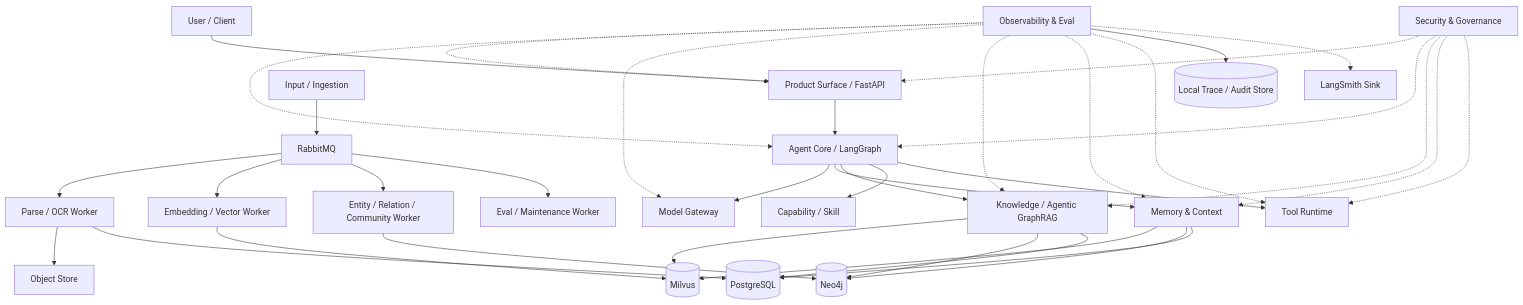
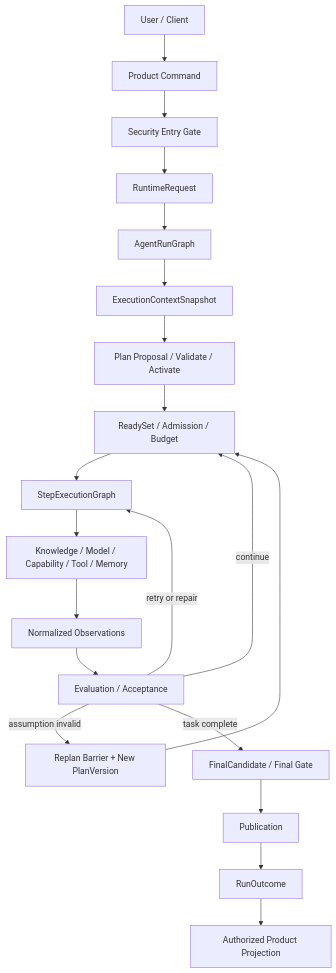
Before and after one commit to ProfessorZhi/Zuno: the second of 3 diagrams in .agent/architecture/architecture.md, drawn with Mermaid. The commit also changed other lines of this file and 14 other files, not shown here.

Commit message:
docs: align total architecture with canonical module designs

````diff
--- a/.agent/architecture/architecture.md
+++ b/.agent/architecture/architecture.md
@@ -196,44 +321,22 @@
 ```mermaid
 flowchart TB
-    User[User / Client] --> Product[Product Surface / FastAPI]
-    Product --> Core[Agent Core / LangGraph]
-
-    Core --> Model[Model Gateway]
-    Core --> Memory[Memory & Context]
-    Core --> Knowledge[Knowledge / Agentic GraphRAG]
-    Core --> Capability[Capability / Skill]
-    Core --> Tool[Tool Runtime]
-
-    Input[Input / Ingestion] --> Queue[RabbitMQ]
-    Queue --> Parse[Parse / OCR Worker]
-    Queue --> Embed[Embedding / Vector Worker]
-    Queue --> Graph[Entity / Relation / Community Worker]
-    Queue --> Eval[Eval / Maintenance Worker]
-
-    Parse --> ObjectStore[Object Store]
-    Parse --> Postgres[(PostgreSQL)]
-    Embed --> Milvus[(Milvus)]
-    Graph --> Neo4j[(Neo4j)]
-
-    Knowledge --> Milvus
-    Knowledge --> Neo4j
-    Knowledge --> Postgres
-    Memory --> Milvus
-    Memory --> Neo4j
-    Memory --> Postgres
-
-    Security[Security & Governance] -.-> Product
-    Security -.-> Core
-    Security -.-> Knowledge
-    Security -.-> Memory
-    Security -.-> Tool
-
-    Observe[Observability & Eval] -.-> Product
-    Observe -.-> Core
-    Observe -.-> Model
-    Observe -.-> Knowledge
-    Observe -.-> Memory
-    Observe -.-> Tool
-    Observe --> LocalTrace[(Local Trace / Audit Store)]
-    Observe -.-> LangSmith[LangSmith Sink]
+  U[User / Client] --> P[Product Command]
+  P --> S[Security Entry Gate]
+  S --> R[RuntimeRequest]
+  R --> A[AgentRunGraph]
+  A --> C[ExecutionContextSnapshot]
+  C --> PL[Plan Proposal / Validate / Activate]
+  PL --> READY[ReadySet / Admission / Budget]
+  READY --> STEP[StepExecutionGraph]
+  STEP --> K[Knowledge / Model / Capability / Tool / Memory]
+  K --> OBS[Normalized Observations]
+  OBS --> ACCEPT[Evaluation / Acceptance]
+  ACCEPT -->|continue| READY
+  ACCEPT -->|retry or repair| STEP
+  ACCEPT -->|assumption invalid| REPLAN[Replan Barrier + New PlanVersion]
+  REPLAN --> READY
+  ACCEPT -->|task complete| FINAL[FinalCandidate / Final Gate]
+  FINAL --> PUB[Publication]
+  PUB --> OUT[RunOutcome]
+  OUT --> VIEW[Authorized Product Projection]
 ```
````
